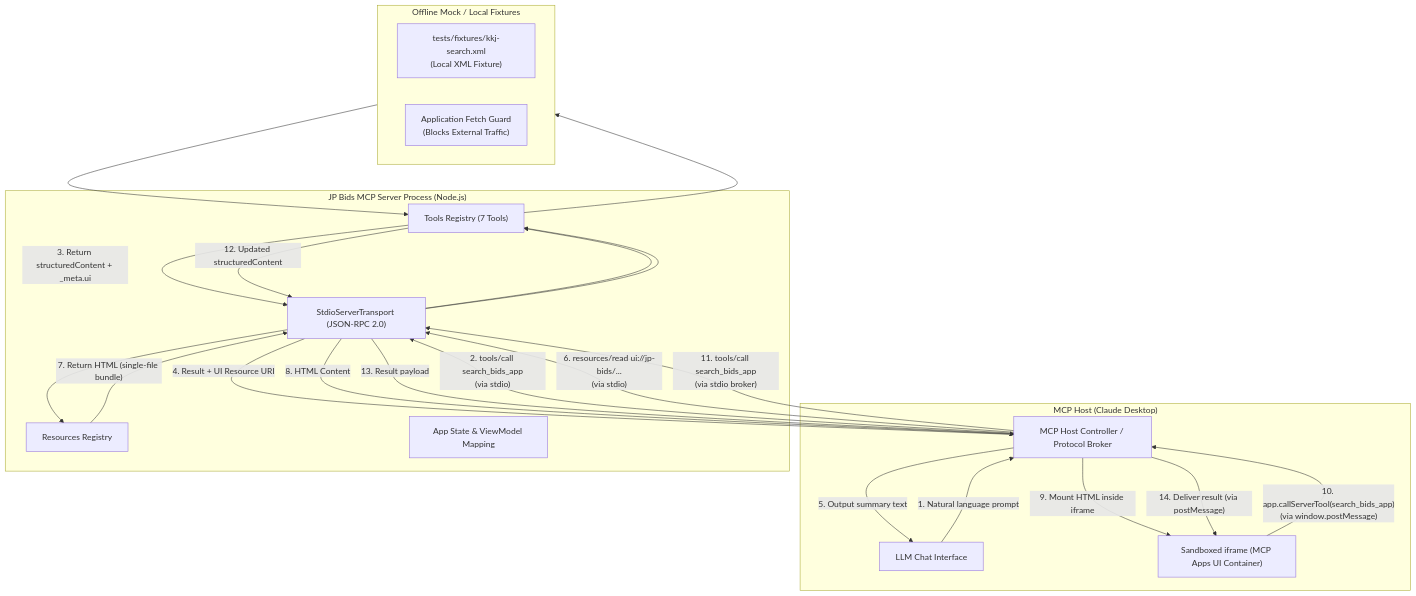
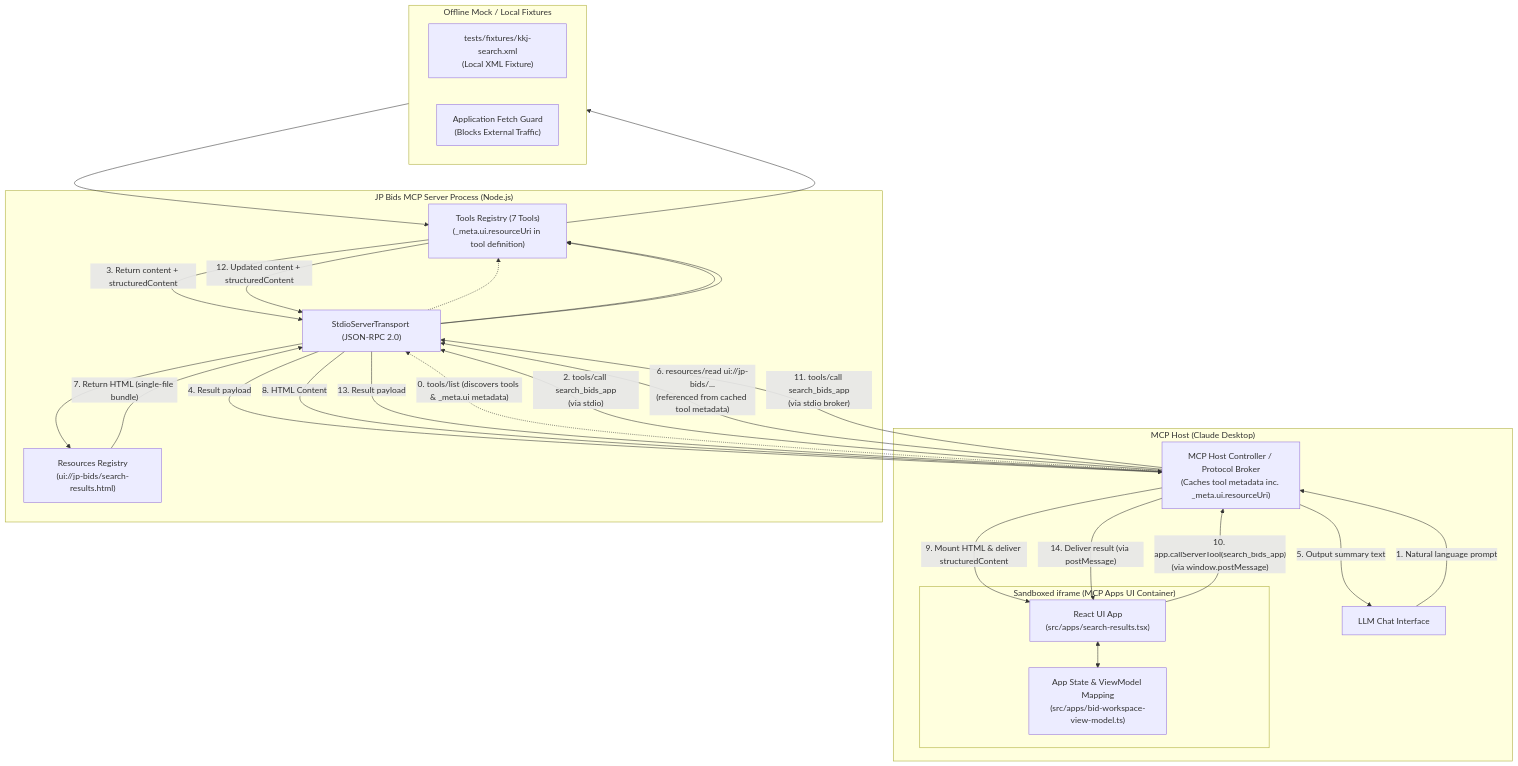
One commit to SUGUKURU-CO-LTD/jp-bids-mcp changed the diagram in docs/showcase/README.md. Above: the diagram before and after it, drawn with Mermaid. The commit also changed other lines of this file, not shown here.

Commit message:
docs: refine architecture diagram for tool metadata discovery and ui viewmodel responsibilities

````diff
--- a/docs/showcase/README.md
+++ b/docs/showcase/README.md
@@ -92,45 +96,52 @@
 ```mermaid
 flowchart TB
   subgraph Host["MCP Host (Claude Desktop)"]
     Chat["LLM Chat Interface"]
-    HostBroker["MCP Host Controller / Protocol Broker"]
-    UIContainer["Sandboxed iframe (MCP Apps UI Container)"]
+    HostBroker["MCP Host Controller / Protocol Broker\n(Caches tool metadata inc. _meta.ui.resourceUri)"]
+    subgraph UIContainer["Sandboxed iframe (MCP Apps UI Container)"]
+      ReactApp["React UI App\n(src/apps/search-results.tsx)"]
+      ViewModel["App State & ViewModel Mapping\n(src/apps/bid-workspace-view-model.ts)"]
+      ReactApp <--> ViewModel
+    end
   end
 
   subgraph Server["JP Bids MCP Server Process (Node.js)"]
     Stdio["StdioServerTransport (JSON-RPC 2.0)"]
-    Tools["Tools Registry (7 Tools)"]
-    Resources["Resources Registry"]
-    AppLogic["App State & ViewModel Mapping"]
+    Tools["Tools Registry (7 Tools)\n(_meta.ui.resourceUri in tool definition)"]
+    Resources["Resources Registry\n(ui://jp-bids/search-results.html)"]
   end
 
   subgraph DataLayer["Offline Mock / Local Fixtures"]
     Fixture["tests/fixtures/kkj-search.xml\n(Local XML Fixture)"]
     FetchGuard["Application Fetch Guard\n(Blocks External Traffic)"]
   end
 
+  %% Flow 0: Discovery
+  HostBroker -. "0. tools/list (discovers tools & _meta.ui metadata)" .-> Stdio
+  Stdio -.-> Tools
+
   %% Flow 1: Initial Launch
   Chat -- "1. Natural language prompt" --> HostBroker
   HostBroker -- "2. tools/call search_bids_app\n(via stdio)" --> Stdio
   Stdio --> Tools
   Tools --> DataLayer
   DataLayer --> Tools
-  Tools -- "3. Return structuredContent + _meta.ui" --> Stdio
-  Stdio -- "4. Result + UI Resource URI" --> HostBroker
+  Tools -- "3. Return content + structuredContent" --> Stdio
+  Stdio -- "4. Result payload" --> HostBroker
   HostBroker -- "5. Output summary text" --> Chat
 
   %% Flow 2: UI Resource Retrieval & Mounting
-  HostBroker -- "6. resources/read ui://jp-bids/...\n(via stdio)" --> Stdio
+  HostBroker -- "6. resources/read ui://jp-bids/...\n(referenced from cached tool metadata)" --> Stdio
   Stdio --> Resources
   Resources -- "7. Return HTML (single-file bundle)" --> Stdio
   Stdio -- "8. HTML Content" --> HostBroker
-  HostBroker -- "9. Mount HTML inside iframe" --> UIContainer
+  HostBroker -- "9. Mount HTML & deliver structuredContent" --> ReactApp
 
   %% Flow 3: Bidirectional Tool Invocation
-  UIContainer -- "10. app.callServerTool(search_bids_app)\n(via window.postMessage)" --> HostBroker
+  ReactApp -- "10. app.callServerTool(search_bids_app)\n(via window.postMessage)" --> HostBroker
   HostBroker -- "11. tools/call search_bids_app\n(via stdio broker)" --> Stdio
   Stdio --> Tools
-  Tools -- "12. Updated structuredContent" --> Stdio
+  Tools -- "12. Updated content + structuredContent" --> Stdio
   Stdio -- "13. Result payload" --> HostBroker
-  HostBroker -- "14. Deliver result (via postMessage)" --> UIContainer
+  HostBroker -- "14. Deliver result (via postMessage)" --> ReactApp
 ```
````
